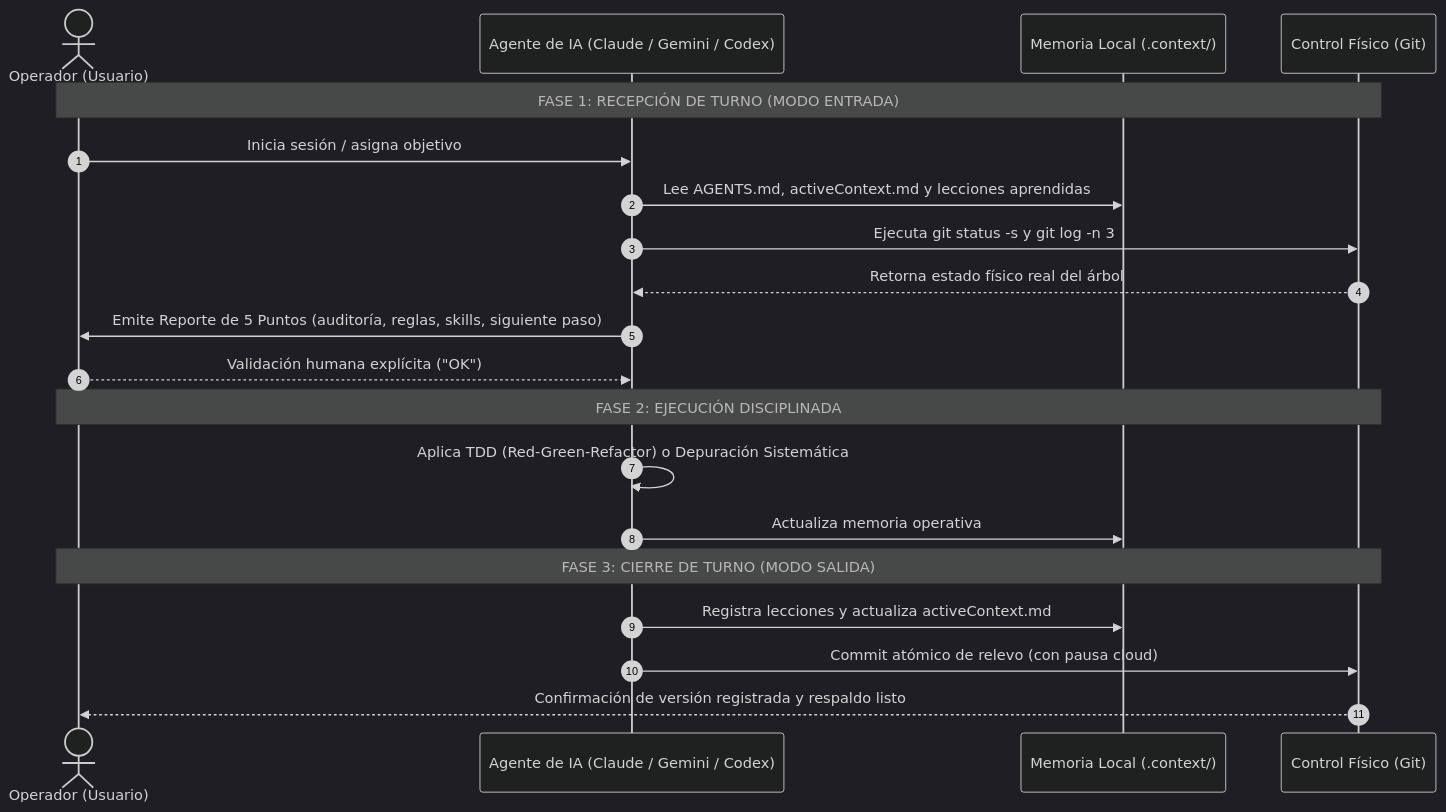
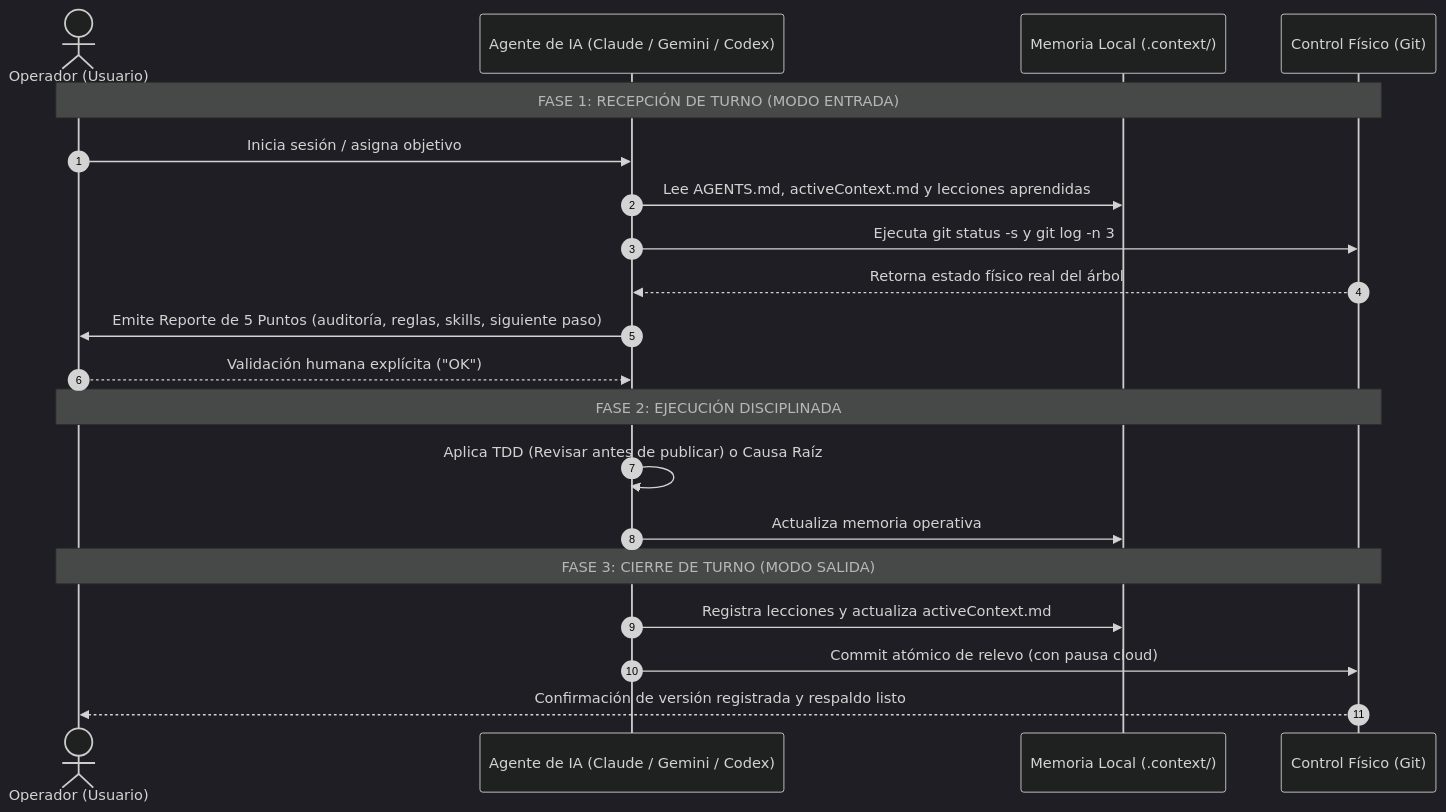
Before and after one commit to eddvasquez/agent-ops-core: the fourth of 4 diagrams in README.md, drawn with Mermaid. The commit also changed other lines of this file, not shown here.

````diff
--- a/README.md
+++ b/README.md
@@ -248,26 +325,26 @@
 ```mermaid
 %%{init: {'theme': 'dark', 'themeVariables': { 'fontSize': '14px' }, 'sequence': { 'actorFontSize': '14px', 'messageFontSize': '13px', 'noteFontSize': '12px', 'width': 170 }}}%%
 sequenceDiagram
     autonumber
     actor U as Operador (Usuario)
     participant IA as Agente de IA (Claude / Gemini / Codex)
     participant CTX as Memoria Local (.context/)
     participant GIT as Control Físico (Git)
 
     Note over U,GIT: FASE 1: RECEPCIÓN DE TURNO (MODO ENTRADA)
     U->>IA: Inicia sesión / asigna objetivo
     IA->>CTX: Lee AGENTS.md, activeContext.md y lecciones aprendidas
     IA->>GIT: Ejecuta git status -s y git log -n 3
     GIT-->>IA: Retorna estado físico real del árbol
     IA->>U: Emite Reporte de 5 Puntos (auditoría, reglas, skills, siguiente paso)
     U-->>IA: Validación humana explícita ("OK")
 
     Note over U,GIT: FASE 2: EJECUCIÓN DISCIPLINADA
-    IA->>IA: Aplica TDD (Red-Green-Refactor) o Depuración Sistemática
+    IA->>IA: Aplica TDD (Revisar antes de publicar) o Causa Raíz
     IA->>CTX: Actualiza memoria operativa
 
     Note over U,GIT: FASE 3: CIERRE DE TURNO (MODO SALIDA)
     IA->>CTX: Registra lecciones y actualiza activeContext.md
     IA->>GIT: Commit atómico de relevo (con pausa cloud)
     GIT-->>U: Confirmación de versión registrada y respaldo listo
 ```
````
